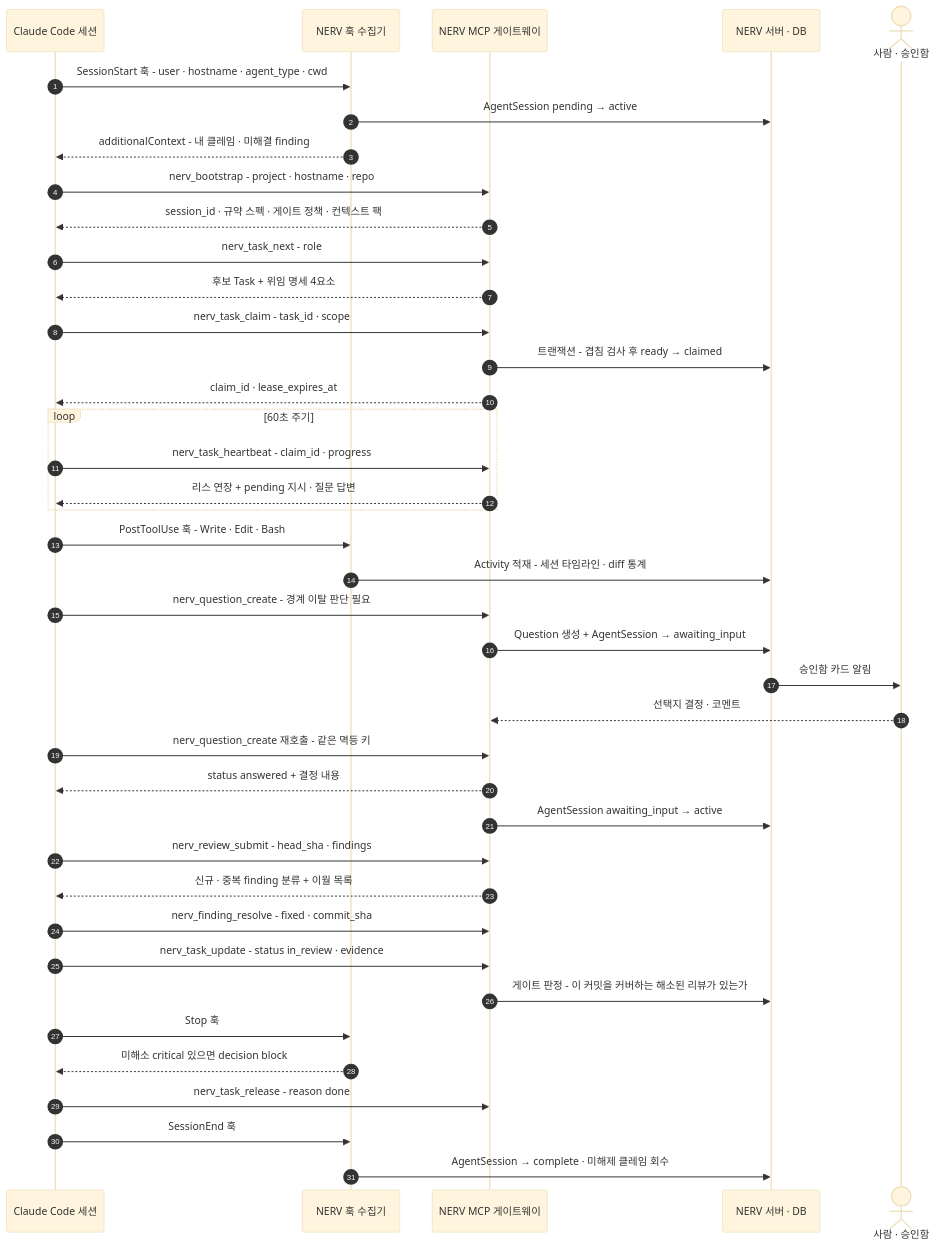
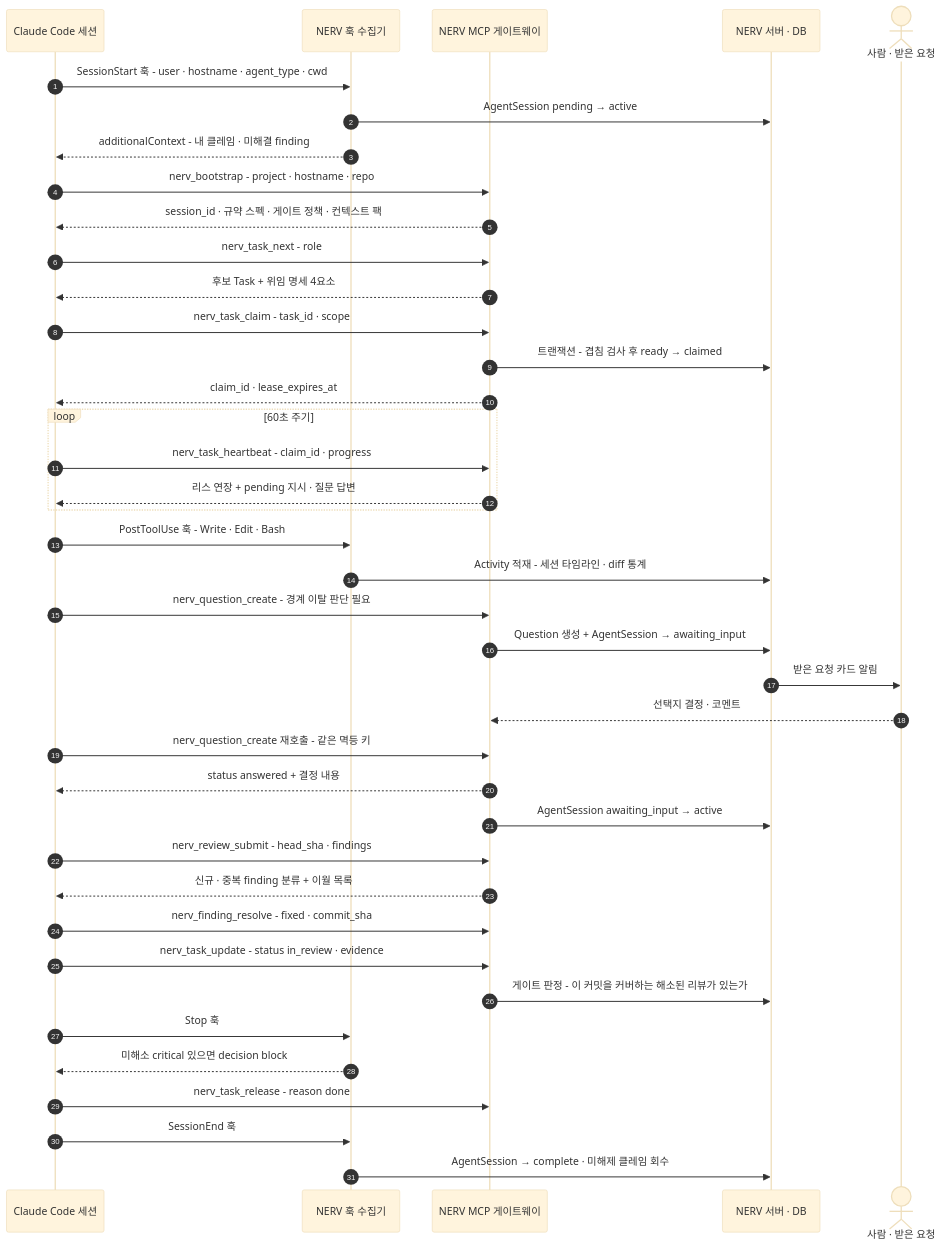
One commit to worker-ants/nerv changed the second of 2 diagrams in docs/03-proposal/agent-integration.md. Above: the diagram before and after it, drawn with Mermaid (base theme). The commit also changed other lines of this file and 76 other files, not shown here.

````diff
--- a/docs/03-proposal/agent-integration.md
+++ b/docs/03-proposal/agent-integration.md
@@ -377,42 +377,42 @@
 ```mermaid
 sequenceDiagram
   autonumber
   participant S as Claude Code 세션
   participant H as NERV 훅 수집기
   participant M as NERV MCP 게이트웨이
   participant DB as NERV 서버 · DB
-  actor U as 사람 · 승인함
+  actor U as 사람 · 받은 요청
   S->>H: SessionStart 훅 - user · hostname · agent_type · cwd
   H->>DB: AgentSession pending → active
   H-->>S: additionalContext - 내 클레임 · 미해결 finding
   S->>M: nerv_bootstrap - project · hostname · repo
   M-->>S: session_id · 규약 스펙 · 게이트 정책 · 컨텍스트 팩
   S->>M: nerv_task_next - role
   M-->>S: 후보 Task + 위임 명세 4요소
   S->>M: nerv_task_claim - task_id · scope
   M->>DB: 트랜잭션 - 겹침 검사 후 ready → claimed
   M-->>S: claim_id · lease_expires_at
   loop 60초 주기
     S->>M: nerv_task_heartbeat - claim_id · progress
     M-->>S: 리스 연장 + pending 지시 · 질문 답변
   end
   S->>H: PostToolUse 훅 - Write · Edit · Bash
   H->>DB: Activity 적재 - 세션 타임라인 · diff 통계
   S->>M: nerv_question_create - 경계 이탈 판단 필요
   M->>DB: Question 생성 + AgentSession → awaiting_input
-  DB->>U: 승인함 카드 알림
+  DB->>U: 받은 요청 카드 알림
   U-->>M: 선택지 결정 · 코멘트
   S->>M: nerv_question_create 재호출 - 같은 멱등 키
   M-->>S: status answered + 결정 내용
   M->>DB: AgentSession awaiting_input → active
   S->>M: nerv_review_submit - head_sha · findings
   M-->>S: 신규 · 중복 finding 분류 + 이월 목록
   S->>M: nerv_finding_resolve - fixed · commit_sha
   S->>M: nerv_task_update - status in_review · evidence
   M->>DB: 게이트 판정 - 이 커밋을 커버하는 해소된 리뷰가 있는가
   S->>H: Stop 훅
   H-->>S: 미해소 critical 있으면 decision block
   S->>M: nerv_task_release - reason done
   S->>H: SessionEnd 훅
   H->>DB: AgentSession → complete · 미해제 클레임 회수
 ```
````
